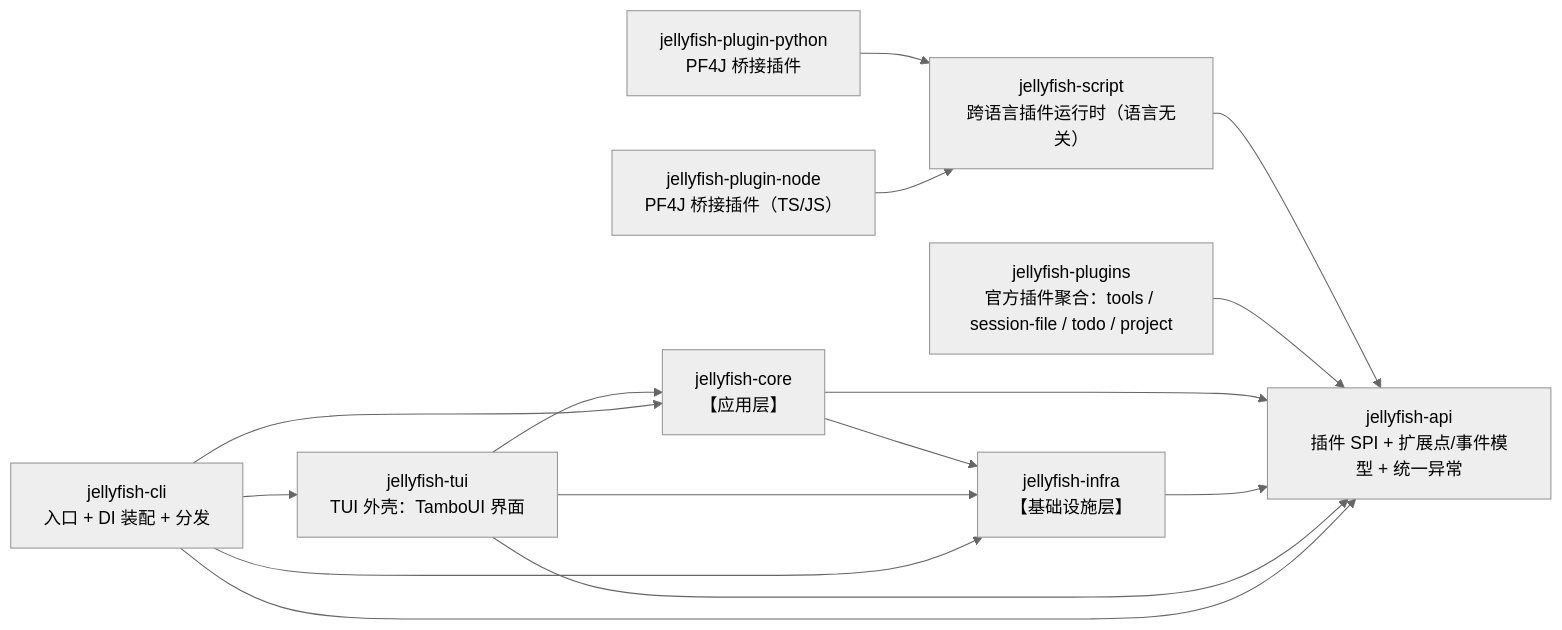
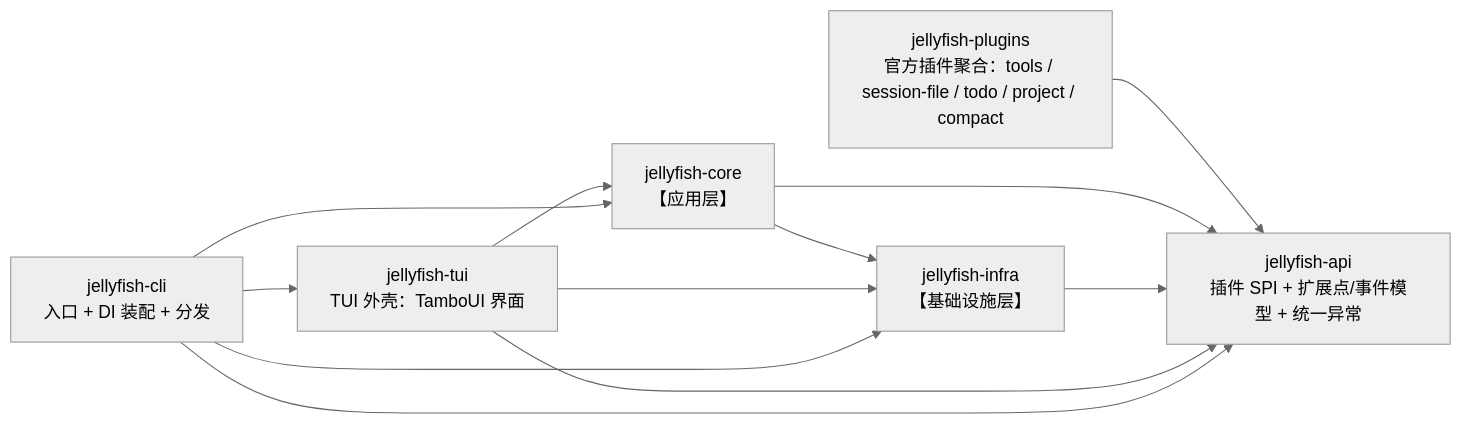
Before and after one commit to zcd0831/Jellyfish: the second of 2 diagrams in AGENTS.md, drawn with Mermaid (neutral theme). The commit also changed other lines of this file and 15 other files, not shown here.

````diff
--- a/AGENTS.md
+++ b/AGENTS.md
@@ -182,27 +182,21 @@
 ```mermaid
 flowchart LR
     API["jellyfish-api<br>插件 SPI + 扩展点/事件模型 + 统一异常"]
-    PLUGINS["jellyfish-plugins<br>官方插件聚合：tools / session-file / todo / project"]
-    SCRIPT["jellyfish-script<br>跨语言插件运行时（语言无关）"]
-    PY["jellyfish-plugin-python<br>PF4J 桥接插件"]
-    NODE["jellyfish-plugin-node<br>PF4J 桥接插件（TS/JS）"]
+    PLUGINS["jellyfish-plugins<br>官方插件聚合：tools / session-file / todo / project / compact"]
     INFRA["jellyfish-infra<br>【基础设施层】"]
     CORE["jellyfish-core<br>【应用层】"]
     TUI["jellyfish-tui<br>TUI 外壳：TamboUI 界面"]
     CLI["jellyfish-cli<br>入口 + DI 装配 + 分发"]
 
-    PY --> SCRIPT
-    NODE --> SCRIPT
-    SCRIPT --> API
     PLUGINS --> API
     CORE --> API
     CORE --> INFRA
     INFRA --> API
     TUI --> CORE
     TUI --> INFRA
     TUI --> API
     CLI --> CORE
     CLI --> INFRA
     CLI --> API
     CLI --> TUI
 ```
````
